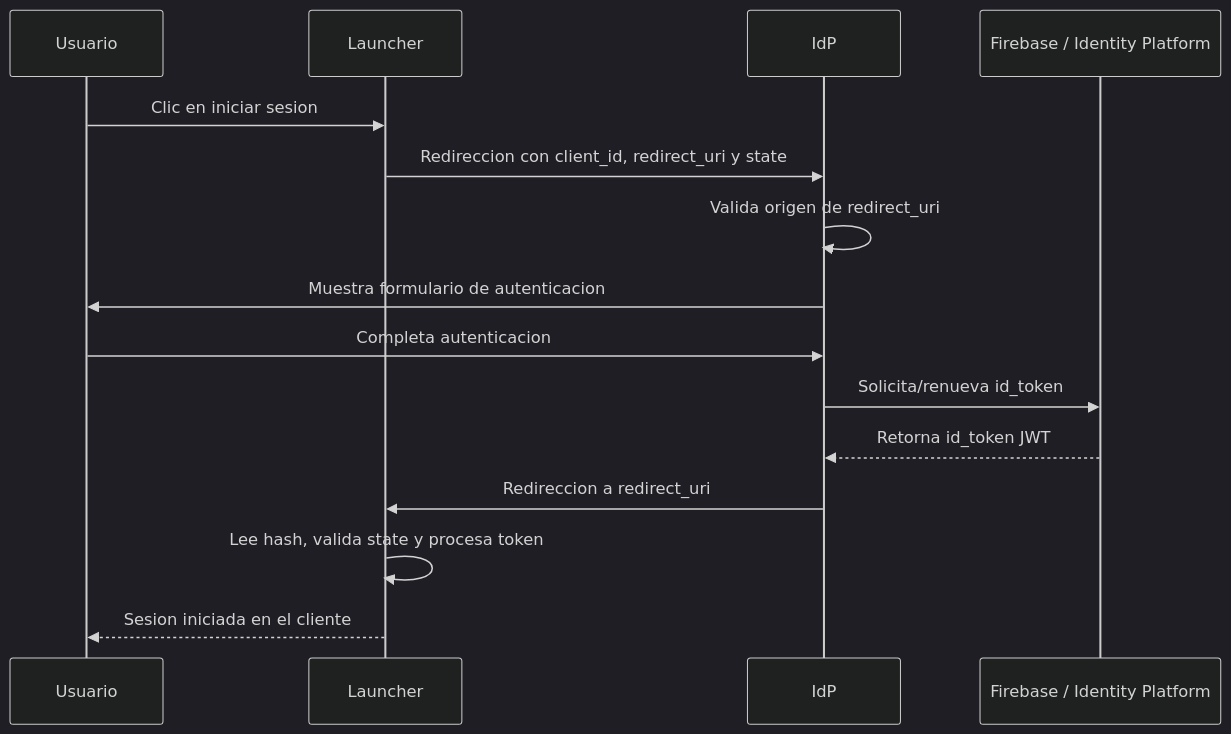
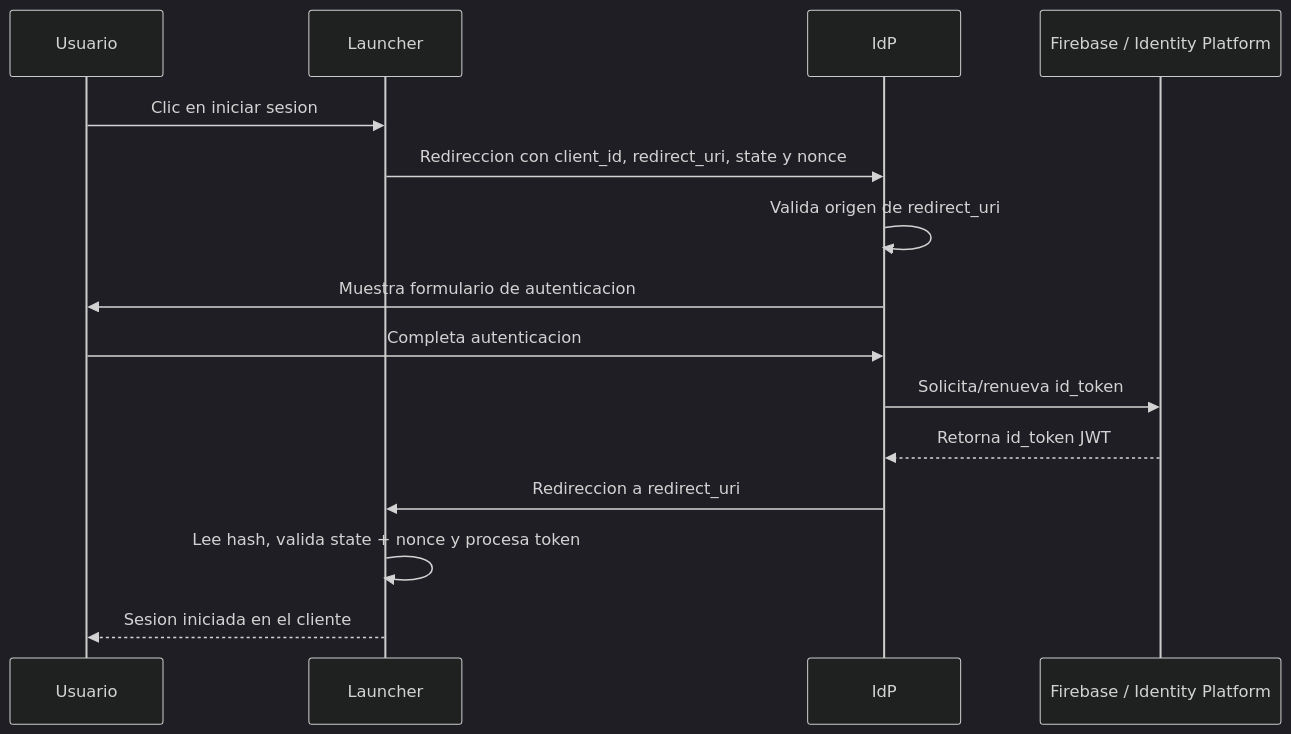
One commit to caguanet/Acelerador-para-Cliente-OIDC-GCP-Idp changed the diagram in docs/guides/IDP_LAUNCHER_IMPLEMENTATION.md. Above: the diagram before and after it, drawn with Mermaid (dark theme). The commit also changed other lines of this file and 30 other files, not shown here.

````diff
--- a/docs/guides/IDP_LAUNCHER_IMPLEMENTATION.md
+++ b/docs/guides/IDP_LAUNCHER_IMPLEMENTATION.md
@@ -148,18 +194,18 @@
 ```mermaid
 sequenceDiagram
     participant U as Usuario
     participant L as Launcher
     participant I as IdP
     participant F as Firebase / Identity Platform
 
     U->>L: Clic en iniciar sesion
-    L->>I: Redireccion con client_id, redirect_uri y state
+    L->>I: Redireccion con client_id, redirect_uri, state y nonce
     I->>I: Valida origen de redirect_uri
     I->>U: Muestra formulario de autenticacion
     U->>I: Completa autenticacion
     I->>F: Solicita/renueva id_token
     F-->>I: Retorna id_token JWT
-    I->>L: Redireccion a redirect_uri#id_token=...&state=...
-    L->>L: Lee hash, valida state y procesa token
+    I->>L: Redireccion a redirect_uri#id_token=...&state=...&nonce=...
+    L->>L: Lee hash, valida state + nonce y procesa token
     L-->>U: Sesion iniciada en el cliente
 ```
````
